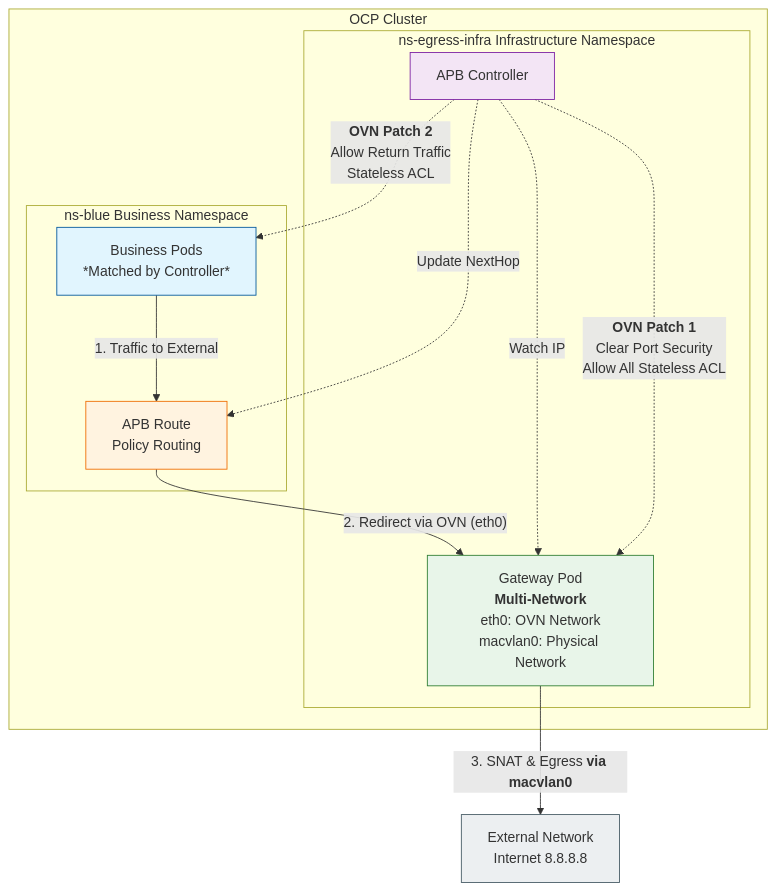
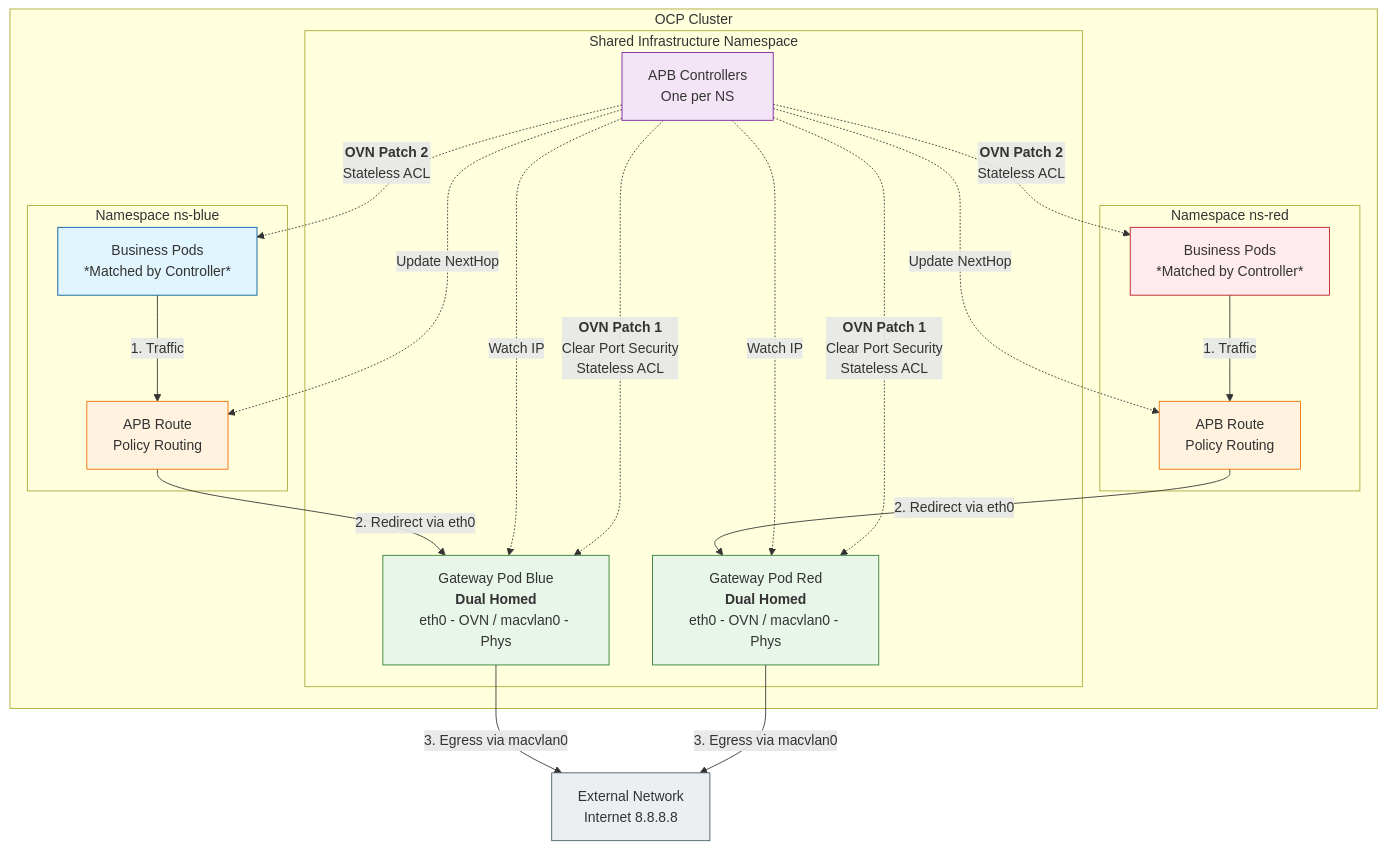
Before and after one commit to wangzheng422/docker_env: the diagram in redhat/ocp4/4.18/2026.01.ovn.egressip.md, drawn with Mermaid.

Commit message:
feat: 扩展 OVN Egress IP 图，新增红色命名空间以展示多命名空间配置。

````diff
--- a/redhat/ocp4/4.18/2026.01.ovn.egressip.md
+++ b/redhat/ocp4/4.18/2026.01.ovn.egressip.md
@@ -27,34 +27,54 @@
 ```mermaid
 graph TD
     subgraph OCP Cluster
-        subgraph ns-blue Business Namespace
-            BP[Business Pods<br/>*Matched by Controller*]
-            APB[APB Route<br/>Policy Routing]
+        subgraph ns_blue [Namespace ns-blue]
+            BP_B[Business Pods<br/>*Matched by Controller*]
+            APB_B[APB Route<br/>Policy Routing]
+        end
+
+        subgraph ns_red [Namespace ns-red]
+            BP_R[Business Pods<br/>*Matched by Controller*]
+            APB_R[APB Route<br/>Policy Routing]
         end
         
-        subgraph ns-egress-infra Infrastructure Namespace
-            GP[Gateway Pod<br/><b>Multi-Network</b><br/>eth0: OVN Network<br/>macvlan0: Physical Network]
-            CTRL[APB Controller]
+        subgraph ns_egress_infra [Shared Infrastructure Namespace]
+            GP_B[Gateway Pod Blue<br/><b>Dual Homed</b><br/>eth0 - OVN / macvlan0 - Phys]
+            GP_R[Gateway Pod Red<br/><b>Dual Homed</b><br/>eth0 - OVN / macvlan0 - Phys]
+            CTRL[APB Controllers<br/>One per NS]
         end
     end
     
     EXT[External Network<br/>Internet 8.8.8.8]
     
-    %% Traffic Flow
-    BP -- "1. Traffic to External" --> APB
-    APB -- "2. Redirect via OVN (eth0)" --> GP
-    GP -- "3. SNAT & Egress <b>via macvlan0</b>" --> EXT
+    %% Traffic Flow Blue
+    BP_B -- "1. Traffic" --> APB_B
+    APB_B -- "2. Redirect via eth0" --> GP_B
+    GP_B -- "3. Egress via macvlan0" --> EXT
+
+    %% Traffic Flow Red
+    BP_R -- "1. Traffic" --> APB_R
+    APB_R -- "2. Redirect via eth0" --> GP_R
+    GP_R -- "3. Egress via macvlan0" --> EXT
     
-    %% Control Plane & OVN Patches
-    CTRL -. "Watch IP" .-> GP
-    CTRL -. "Update NextHop" .-> APB
-    CTRL -. "<b>OVN Patch 1</b><br/>Clear Port Security<br/>Allow All Stateless ACL" .-> GP
-    CTRL -. "<b>OVN Patch 2</b><br/>Allow Return Traffic<br/>Stateless ACL" .-> BP
+    %% Control Plane
+    CTRL -. "Watch IP" .-> GP_B & GP_R
+    CTRL -. "Update NextHop" .-> APB_B & APB_R
+    
+    %% OVN Patches Blue
+    CTRL -. "<b>OVN Patch 1</b><br/>Clear Port Security<br/>Stateless ACL" .-> GP_B
+    CTRL -. "<b>OVN Patch 2</b><br/>Stateless ACL" .-> BP_B
+
+    %% OVN Patches Red
+    CTRL -. "<b>OVN Patch 1</b><br/>Clear Port Security<br/>Stateless ACL" .-> GP_R
+    CTRL -. "<b>OVN Patch 2</b><br/>Stateless ACL" .-> BP_R
     
     %% Styling
-    style BP fill:#e1f5fe,stroke:#01579b
-    style GP fill:#e8f5e9,stroke:#2e7d32
-    style APB fill:#fff3e0,stroke:#ef6c00
+    style BP_B fill:#e1f5fe,stroke:#01579b
+    style BP_R fill:#ffebee,stroke:#b71c1c
+    style GP_B fill:#e8f5e9,stroke:#2e7d32
+    style GP_R fill:#e8f5e9,stroke:#2e7d32
+    style APB_B fill:#fff3e0,stroke:#ef6c00
+    style APB_R fill:#fff3e0,stroke:#ef6c00
     style CTRL fill:#f3e5f5,stroke:#7b1fa2
     style EXT fill:#eceff1,stroke:#455a64
 ```
````
